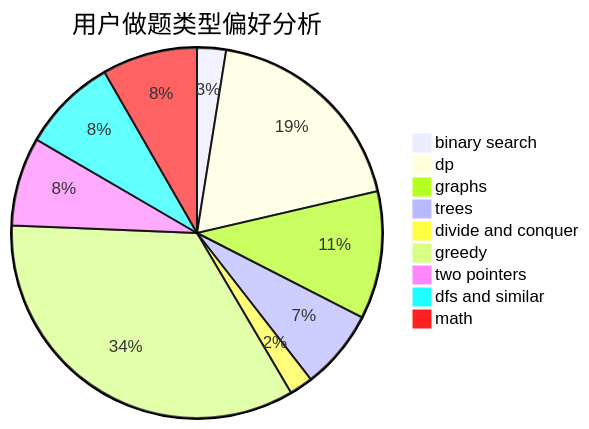
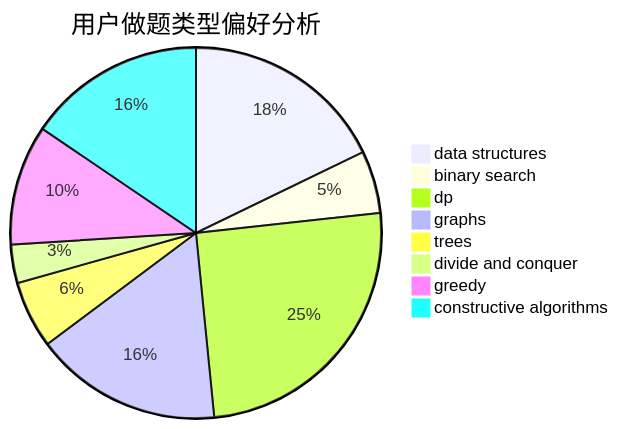
The second of 3 diagrams in docs/user/u71.md (sherpahu/cfrs.github.io), drawn with Mermaid before and after one commit. The commit also changed other lines of this file and 2775 other files, not shown here.

````diff
--- a/docs/user/u71.md
+++ b/docs/user/u71.md
@@ -23,12 +23,11 @@
 ```mermaid
 pie title 用户做题类型偏好分析
-    "binary search" :  54
-    "dp" :  404
-    "graphs" :  239
-    "trees" :  149
-    "divide and conquer" :  44
-    "greedy" :  731
-    "two pointers" :  166
-    "dfs and similar" :  178
-    "math" :  178
+    "data structures" :  85
+    "binary search" :  26
+    "dp" :  120
+    "graphs" :  78
+    "trees" :  28
+    "divide and conquer" :  16
+    "greedy" :  50
+    "constructive algorithms" :  74
 ```
````
